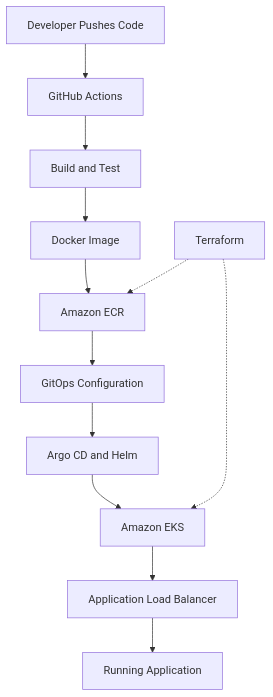
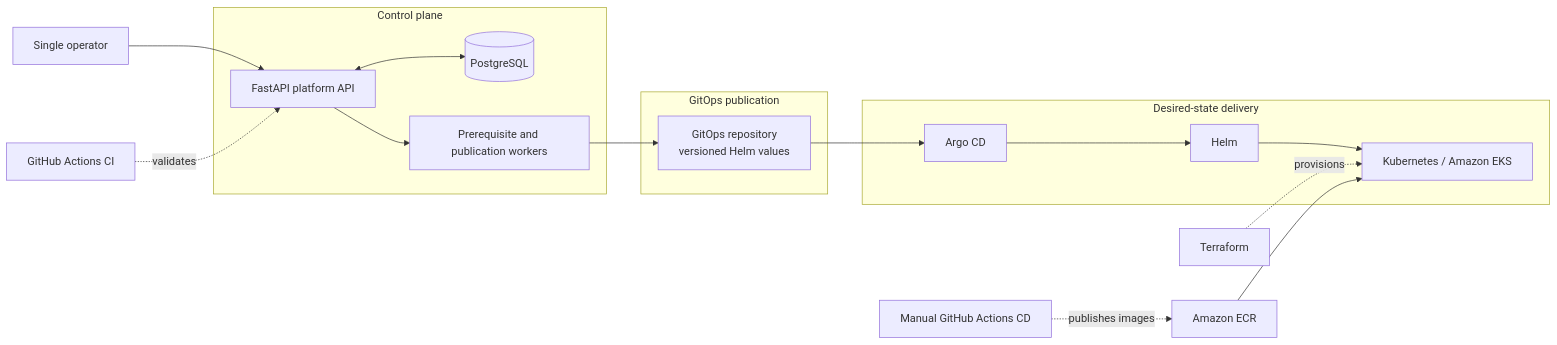
Before and after one commit to EthemKesim/AfterPush: the diagram in README.md, drawn with Mermaid. The commit also changed other lines of this file and 6 other files, not shown here.

````diff
--- a/README.md
+++ b/README.md
@@ -14,15 +29,24 @@
 ```mermaid
-flowchart TD
-    A[Developer Pushes Code] --> B[GitHub Actions]
-    B --> C[Build and Test]
-    C --> D[Docker Image]
-    D --> E[Amazon ECR]
-    E --> F[GitOps Configuration]
-    F --> G[Argo CD and Helm]
-    G --> H[Amazon EKS]
-    H --> I[Application Load Balancer]
-    I --> J[Running Application]
+flowchart LR
+    Operator[Single operator] --> API[FastAPI platform API]
 
-    K[Terraform] -.-> H
-    K -.-> E
+    subgraph Control plane
+        API <--> DB[(PostgreSQL)]
+        API --> Workers[Prerequisite and publication workers]
+    end
+
+    subgraph GitOps publication
+        Workers --> GitOps[GitOps repository\nversioned Helm values]
+    end
+
+    subgraph Desired-state delivery
+        GitOps --> Argo[Argo CD]
+        Argo --> Helm[Helm]
+        Helm --> Cluster[Kubernetes / Amazon EKS]
+    end
+
+    Terraform[Terraform] -. provisions .-> Cluster
+    CI[GitHub Actions CI] -. validates .-> API
+    CD[Manual GitHub Actions CD] -. publishes images .-> ECR[Amazon ECR]
+    ECR --> Cluster
 ```
````
